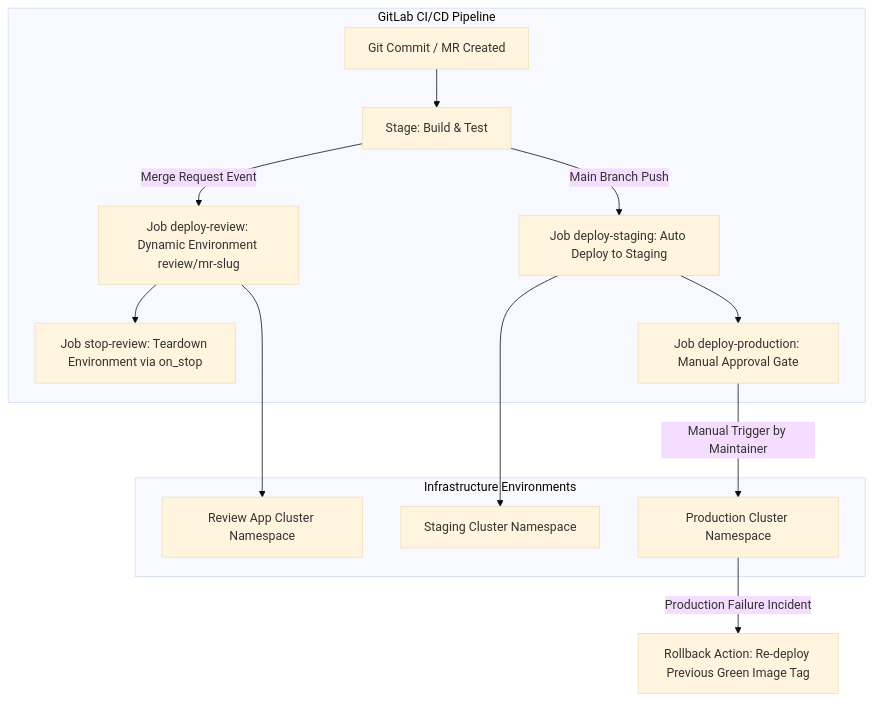
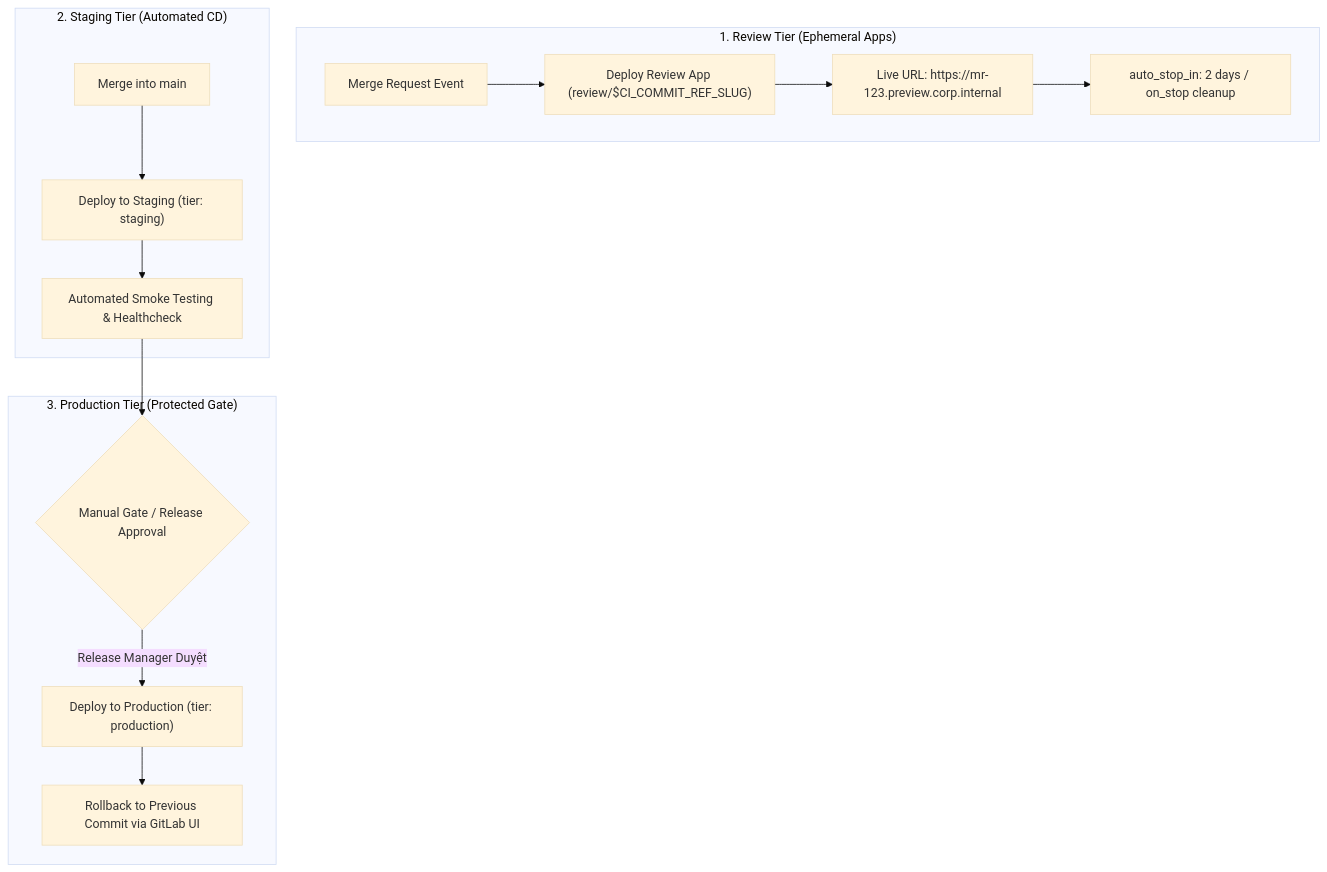
One commit to kiennt308/ntk changed the diagram in _posts/2026-09-12-gitlab-36-36-environment-va-phe-duyet.md. Above: the diagram before and after it, drawn with Mermaid (base theme). The commit also changed other lines of this file and 48 other files, not shown here.

````diff
--- a/_posts/2026-09-12-gitlab-36-36-environment-va-phe-duyet.md
+++ b/_posts/2026-09-12-gitlab-36-36-environment-va-phe-duyet.md
@@ -517,20 +69,19 @@
 ```mermaid
 graph TD
-    subgraph GitLab CI/CD Pipeline
-        A[Git Commit / MR Created] --> B[Stage: Build & Test]
-        
-        B -->|"Merge Request Event"| C[Job deploy-review: Dynamic Environment review/mr-slug]
-        C --> D[Job stop-review: Teardown Environment via on_stop]
-        
-        B -->|"Main Branch Push"| E[Job deploy-staging: Auto Deploy to Staging]
-        E --> F[Job deploy-production: Manual Approval Gate]
+    subgraph REVIEW_TIER["1. Review Tier (Ephemeral Apps)"]
+        MR["Merge Request Event"] --> DYN_APP["Deploy Review App (review/$CI_COMMIT_REF_SLUG)"]
+        DYN_APP --> URL_PREVIEW["Live URL: https://mr-123.preview.corp.internal"]
+        URL_PREVIEW --> AUTO_STOP["auto_stop_in: 2 days / on_stop cleanup"]
     end
 
-    subgraph Infrastructure Environments
-        C --> G[Review App Cluster Namespace]
-        E --> H[Staging Cluster Namespace]
-        F -->|"Manual Trigger by Maintainer"| I[Production Cluster Namespace]
+    subgraph STAGING_TIER["2. Staging Tier (Automated CD)"]
+        MAIN_COMMIT["Merge into main"] --> AUTO_STAGING["Deploy to Staging (tier: staging)"]
+        AUTO_STAGING --> SMOKE_TEST["Automated Smoke Testing & Healthcheck"]
     end
 
-    I -->|"Production Failure Incident"| J[Rollback Action: Re-deploy Previous Green Image Tag]
+    subgraph PROD_TIER["3. Production Tier (Protected Gate)"]
+        SMOKE_TEST --> MANUAL_GATE{"Manual Gate / Release Approval"}
+        MANUAL_GATE -->|"Release Manager Duyệt"| PROD_DEPLOY["Deploy to Production (tier: production)"]
+        PROD_DEPLOY --> ROLLBACK_OPT["Rollback to Previous Commit via GitLab UI"]
+    end
 ```
````
